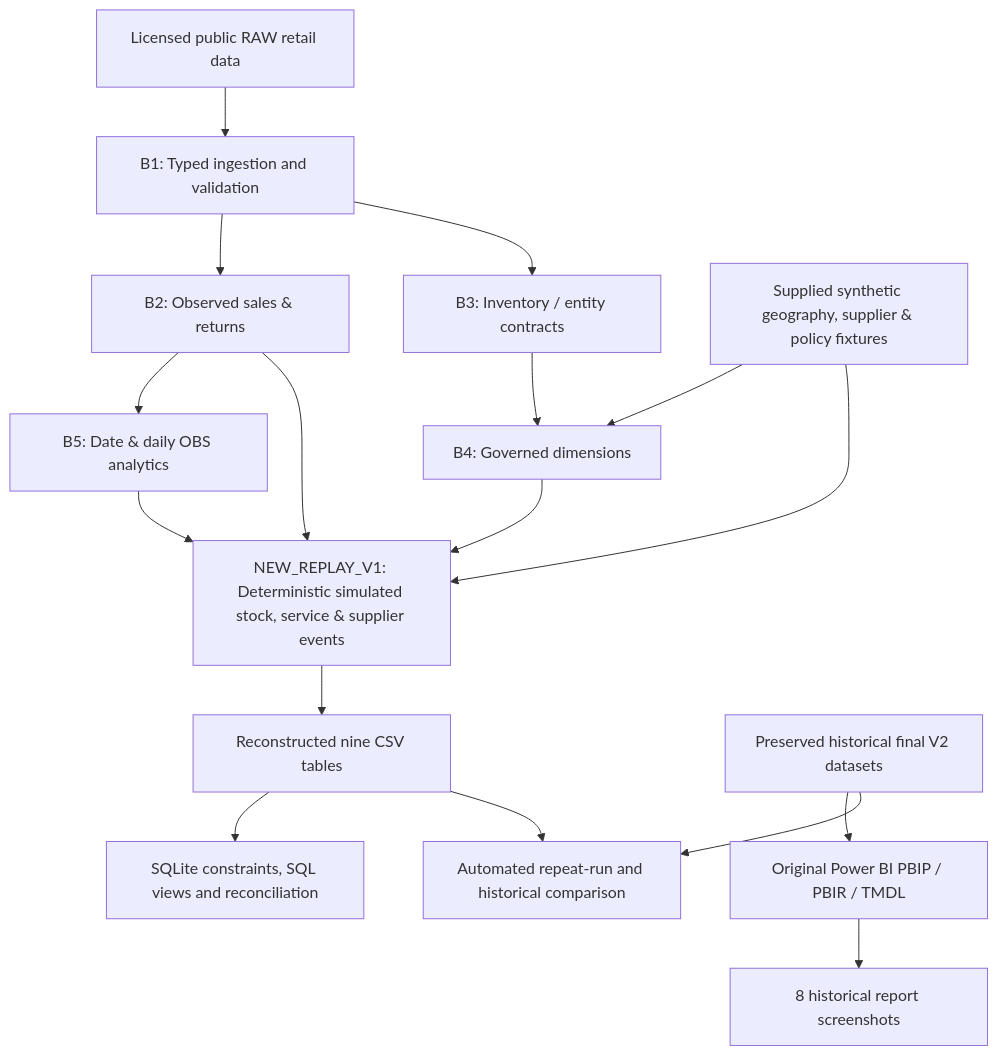
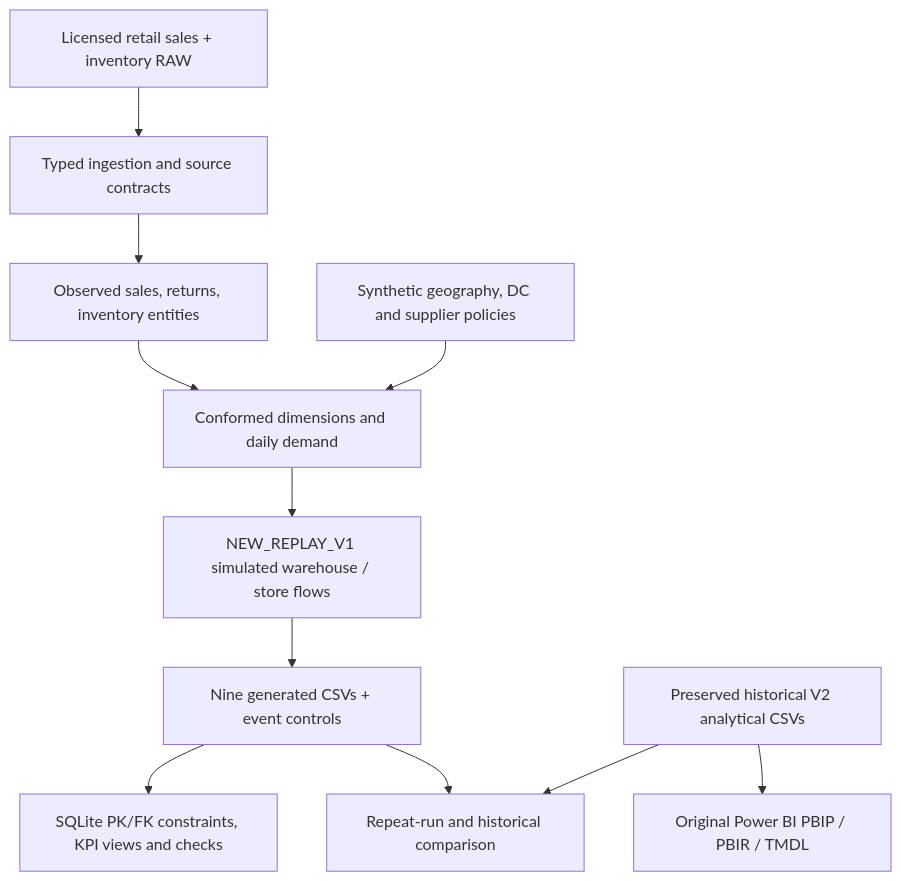
Before and after one commit to khaledzidan203-stack/enterprise-retail-warehouse-inventory-intelligence: the diagram in README.md, drawn with Mermaid. The commit also changed other lines of this file and 15 other files, not shown here.

````diff
--- a/README.md
+++ b/README.md
@@ -103,19 +81,13 @@
 ```mermaid
 flowchart TB
-  RAW["Licensed public RAW retail data"] --> ING["B1: Typed ingestion and validation"]
-  ING --> MOV["B2: Observed sales & returns"]
-  ING --> INV["B3: Inventory / entity contracts"]
-  MOV --> DAY["B5: Date & daily OBS analytics"]
-  INV --> DIM["B4: Governed dimensions"]
-  REF["Supplied synthetic geography, supplier & policy fixtures"] --> DIM
-  REF --> SIM["NEW_REPLAY_V1: Deterministic simulated stock, service & supplier events"]
-  MOV --> SIM
-  DAY --> SIM
-  DIM --> SIM
-  SIM --> GEN["Reconstructed nine CSV tables"]
-  GEN --> SQL["SQLite constraints, SQL views and reconciliation"]
-  GEN --> TEST["Automated repeat-run and historical comparison"]
-  HIST["Preserved historical final V2 datasets"] --> PBIP["Original Power BI PBIP / PBIR / TMDL"]
-  PBIP --> SHOT["8 historical report screenshots"]
-  HIST --> TEST
+    A["Licensed retail sales + inventory RAW"] --> B["Typed ingestion and source contracts"]
+    B --> C["Observed sales, returns, inventory entities"]
+    C --> D["Conformed dimensions and daily demand"]
+    X["Synthetic geography, DC and supplier policies"] --> D
+    D --> E["NEW_REPLAY_V1 simulated warehouse / store flows"]
+    E --> F["Nine generated CSVs + event controls"]
+    F --> G["SQLite PK/FK constraints, KPI views and checks"]
+    F --> H["Repeat-run and historical comparison"]
+    O["Preserved historical V2 analytical CSVs"] --> I["Original Power BI PBIP / PBIR / TMDL"]
+    O --> H
 ```
````
